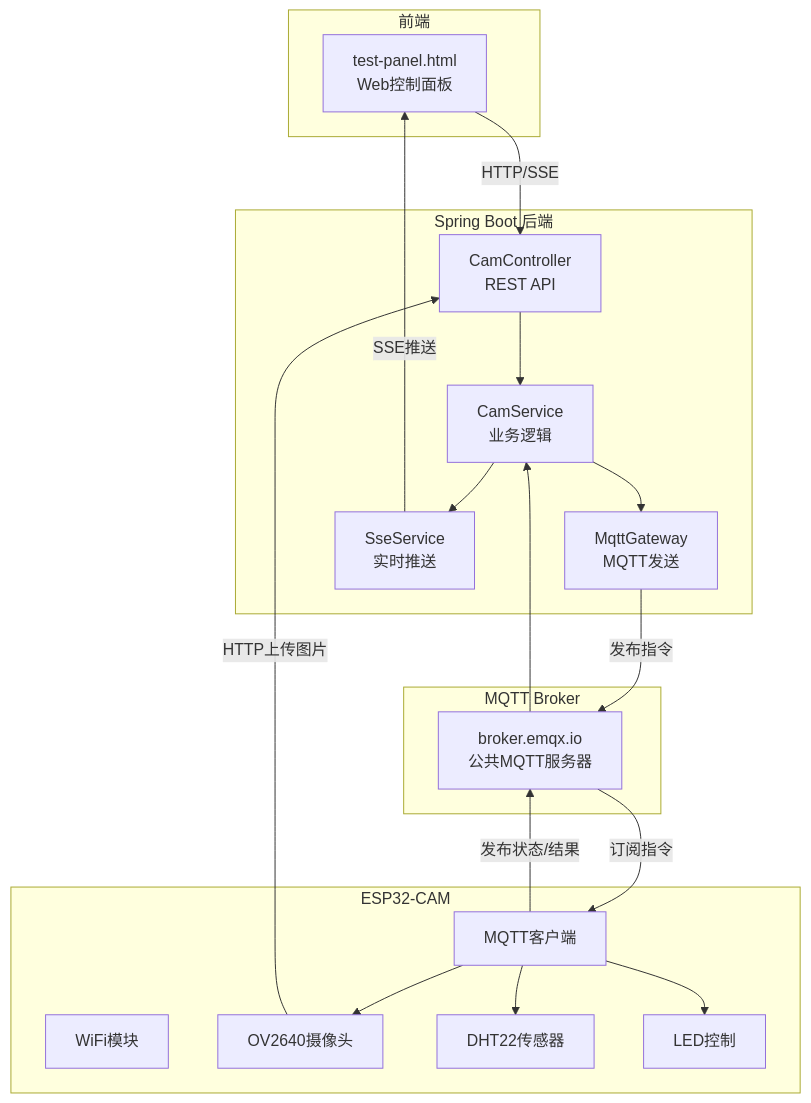
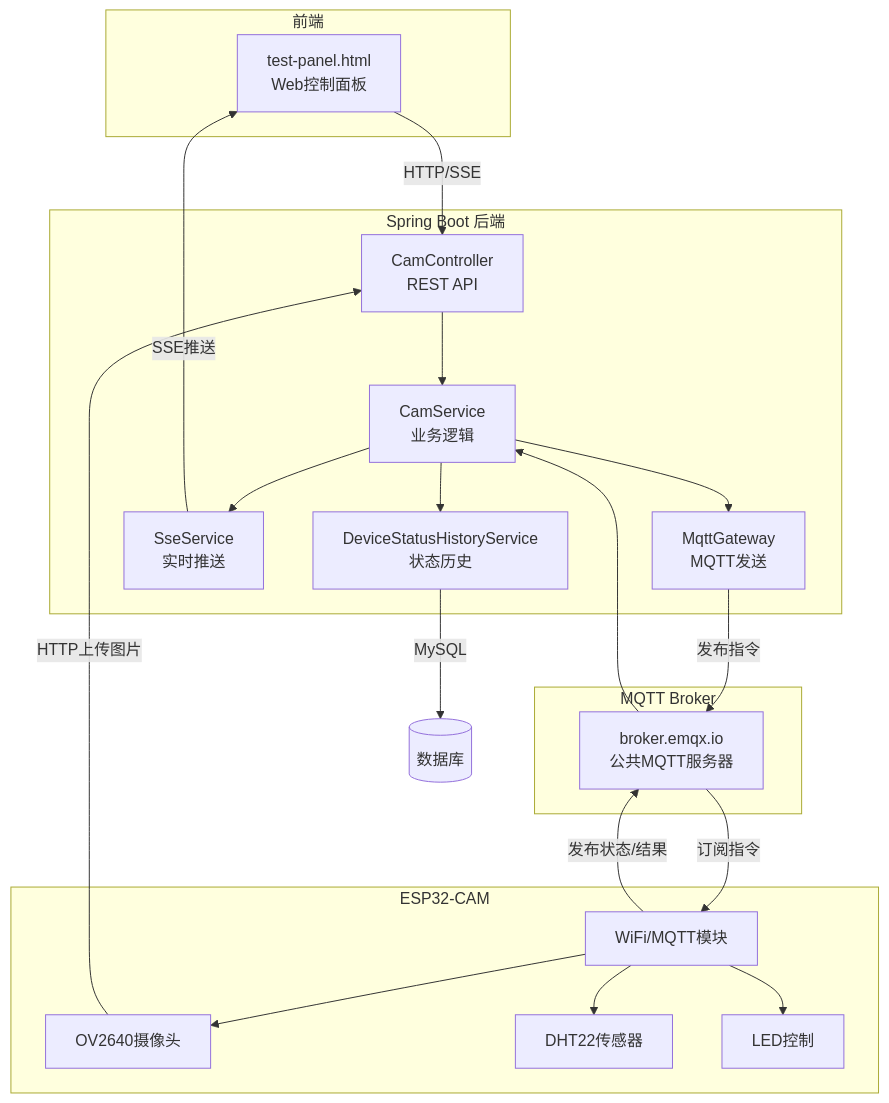
Before and after one commit to AAZl3l4/IOT-ESP32CAM: the diagram in README.md, drawn with Mermaid. The commit also changed other lines of this file and 29 other files, not shown here.

````diff
--- a/README.md
+++ b/README.md
@@ -62,34 +60,35 @@
 ```mermaid
 graph TB
     subgraph "前端"
         A[test-panel.html<br/>Web控制面板]
     end
     
     subgraph "Spring Boot 后端"
         B[CamController<br/>REST API]
         C[CamService<br/>业务逻辑]
         D[MqttGateway<br/>MQTT发送]
         E[SseService<br/>实时推送]
+        F[DeviceStatusHistoryService<br/>状态历史]
     end
     
     subgraph "MQTT Broker"
-        F[broker.emqx.io<br/>公共MQTT服务器]
+        G[broker.emqx.io<br/>公共MQTT服务器]
     end
     
     subgraph "ESP32-CAM"
-        G[WiFi模块]
-        H[MQTT客户端]
+        H[WiFi/MQTT模块]
         I[OV2640摄像头]
         J[DHT22传感器]
         K[LED控制]
     end
     
     A -->|HTTP/SSE| B
     B --> C --> D
-    D -->|发布指令| F
-    F -->|订阅指令| H
+    D -->|发布指令| G
+    G -->|订阅指令| H
     H --> I & J & K
     I -->|HTTP上传图片| B
-    H -->|发布状态/结果| F
-    F --> C --> E -->|SSE推送| A
+    H -->|发布状态/结果| G
+    G --> C --> E -->|SSE推送| A
+    C --> F -->|MySQL| DB[(数据库)]
 ```
````
